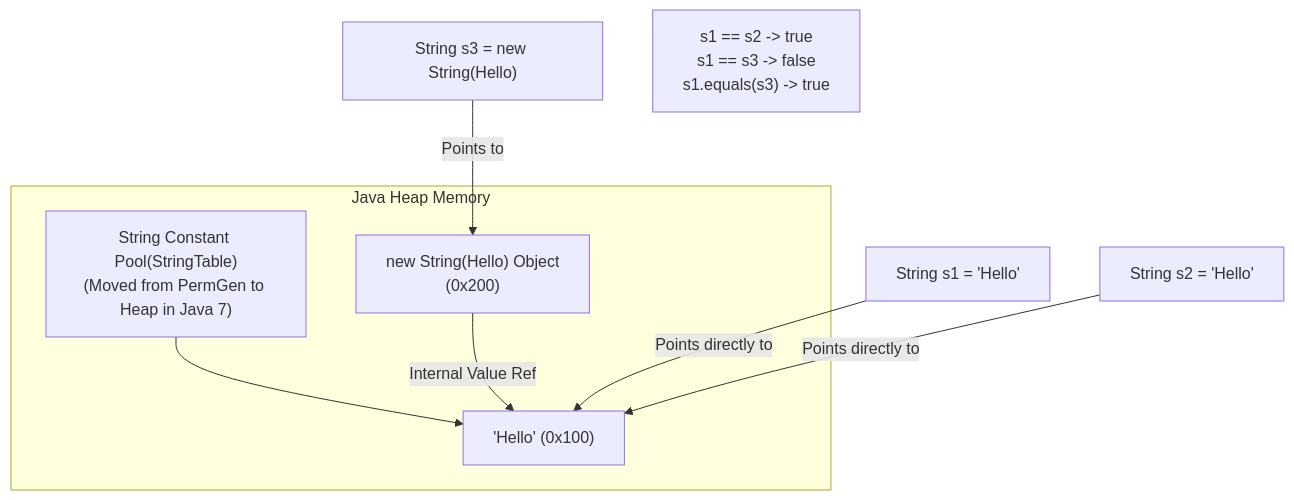
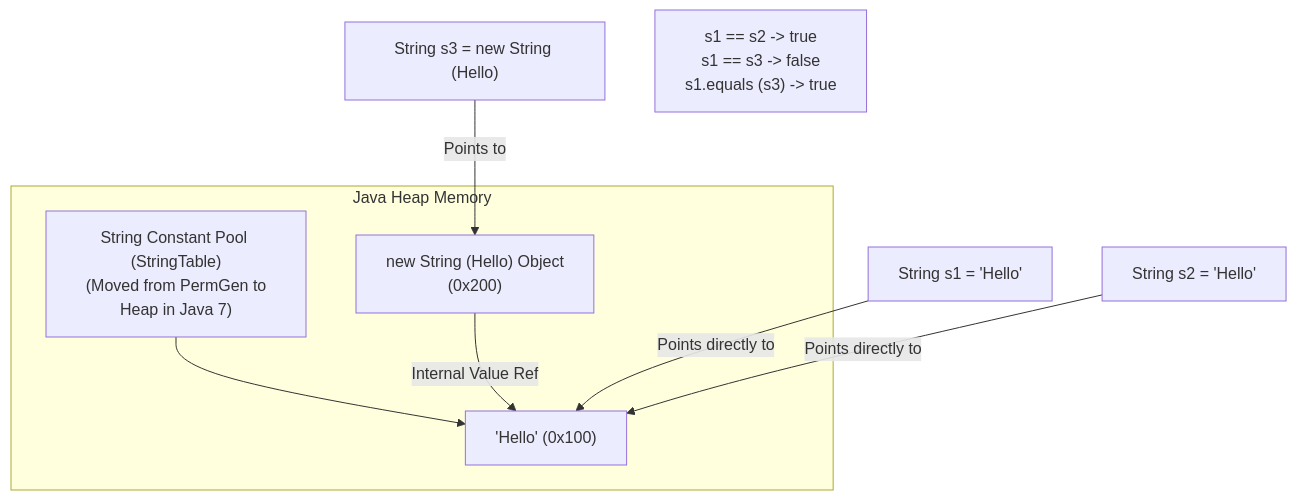
Before and after one commit to pploc/swe-icon-the-moment: the diagram in content/questions/language/java/java-string-pool-internals.md, drawn with Mermaid. The commit also changed 95 other files, not shown here.

Commit message:
fix: update the practice mode diagram bug not display

````diff
--- a/content/questions/language/java/java-string-pool-internals.md
+++ b/content/questions/language/java/java-string-pool-internals.md
@@ -25,18 +25,19 @@
 ```mermaid
 flowchart TD
     subgraph Java Heap Memory
-        Pool["String Constant Pool(StringTable)\n(Moved from PermGen to Heap in Java 7)"]
+        Pool["String Constant Pool (StringTable)\n (Moved from PermGen to Heap in Java 7)"]
         Pool --> S1["'Hello' (0x100)"]
         
-        HeapObj["new String(Hello) Object\n(0x200)"] -->|Internal Value Ref| S1
+        HeapObj["new String (Hello) Object\n (0x200)"] -->|Internal Value Ref| S1
     end
     
     Literal1["String s1 = 'Hello'"] -->|Points directly to| S1
     Literal2["String s2 = 'Hello'"] -->|Points directly to| S1
-    NewObj["String s3 = new String(Hello)"] -->|Points to| HeapObj
+    NewObj["String s3 = new String (Hello)"] -->|Points to| HeapObj
     
-    Check["s1 == s2 -> true\ns1 == s3 -> false\ns1.equals(s3) -> true"]
+    Check["s1 == s2 -> true\ns1 == s3 -> false\ns1.equals (s3) -> true"]
+
 
 
 
 ```
````
